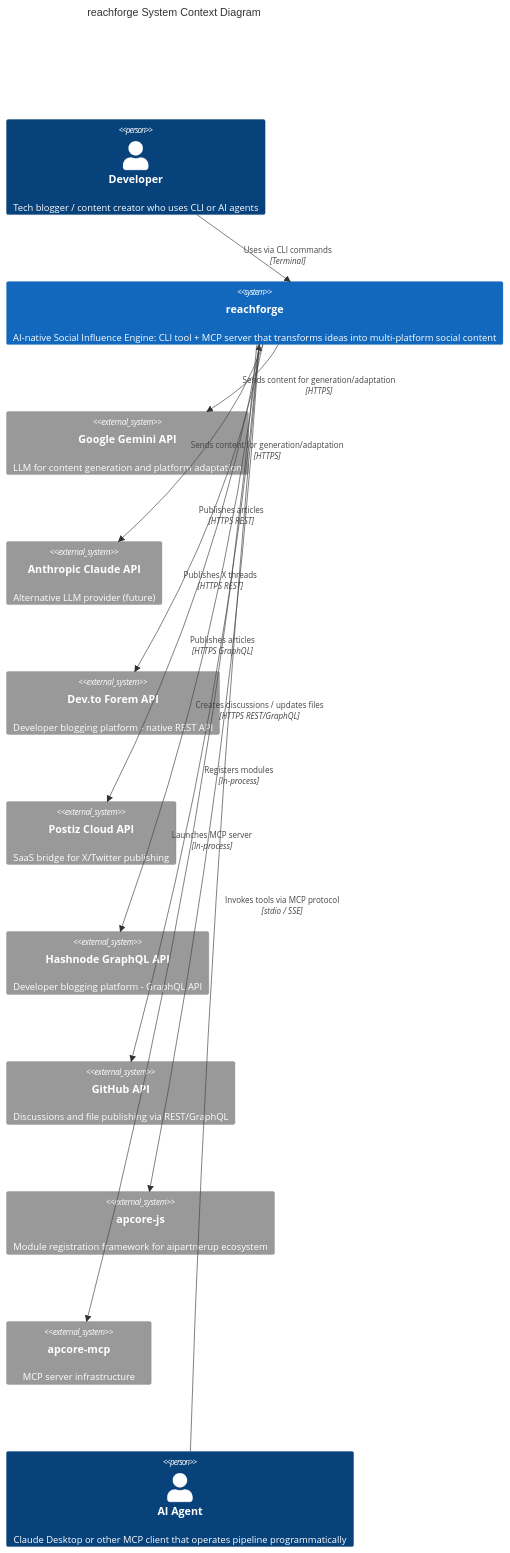
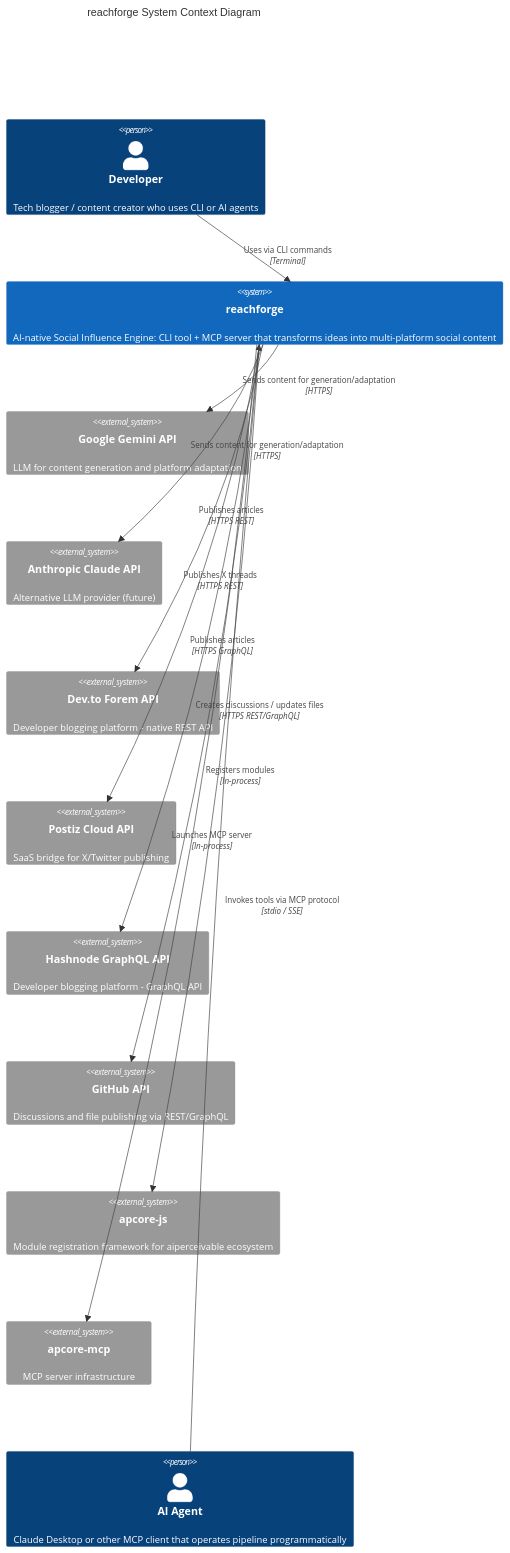
The first of 3 diagrams in docs/reachforge/tech-design.md (reachforge/reachforge), drawn with Mermaid before and after one commit. The commit also changed other lines of this file and 6 other files, not shown here.

Commit message:
chore: rebrand aipartnerup → aiperceivable, bump patch version

````diff
--- a/docs/reachforge/tech-design.md
+++ b/docs/reachforge/tech-design.md
@@ -86,30 +86,30 @@
 ```mermaid
 C4Context
     title reachforge System Context Diagram
 
     Person(developer, "Developer", "Tech blogger / content creator who uses CLI or AI agents")
 
     System(reachforge, "reachforge", "AI-native Social Influence Engine: CLI tool + MCP server that transforms ideas into multi-platform social content")
 
     System_Ext(gemini, "Google Gemini API", "LLM for content generation and platform adaptation")
     System_Ext(claude_api, "Anthropic Claude API", "Alternative LLM provider (future)")
     System_Ext(devto, "Dev.to Forem API", "Developer blogging platform - native REST API")
     System_Ext(postiz, "Postiz Cloud API", "SaaS bridge for X/Twitter publishing")
     System_Ext(hashnode, "Hashnode GraphQL API", "Developer blogging platform - GraphQL API")
     System_Ext(github, "GitHub API", "Discussions and file publishing via REST/GraphQL")
-    System_Ext(apcore, "apcore-js", "Module registration framework for aipartnerup ecosystem")
+    System_Ext(apcore, "apcore-js", "Module registration framework for aiperceivable ecosystem")
     System_Ext(apcore_mcp, "apcore-mcp", "MCP server infrastructure")
 
     Person(ai_agent, "AI Agent", "Claude Desktop or other MCP client that operates pipeline programmatically")
 
     Rel(developer, reachforge, "Uses via CLI commands", "Terminal")
     Rel(ai_agent, reachforge, "Invokes tools via MCP protocol", "stdio / SSE")
     Rel(reachforge, gemini, "Sends content for generation/adaptation", "HTTPS")
     Rel(reachforge, claude_api, "Sends content for generation/adaptation", "HTTPS")
     Rel(reachforge, devto, "Publishes articles", "HTTPS REST")
     Rel(reachforge, postiz, "Publishes X threads", "HTTPS REST")
     Rel(reachforge, hashnode, "Publishes articles", "HTTPS GraphQL")
     Rel(reachforge, github, "Creates discussions / updates files", "HTTPS REST/GraphQL")
     Rel(reachforge, apcore, "Registers modules", "In-process")
     Rel(reachforge, apcore_mcp, "Launches MCP server", "In-process")
 ```
````
